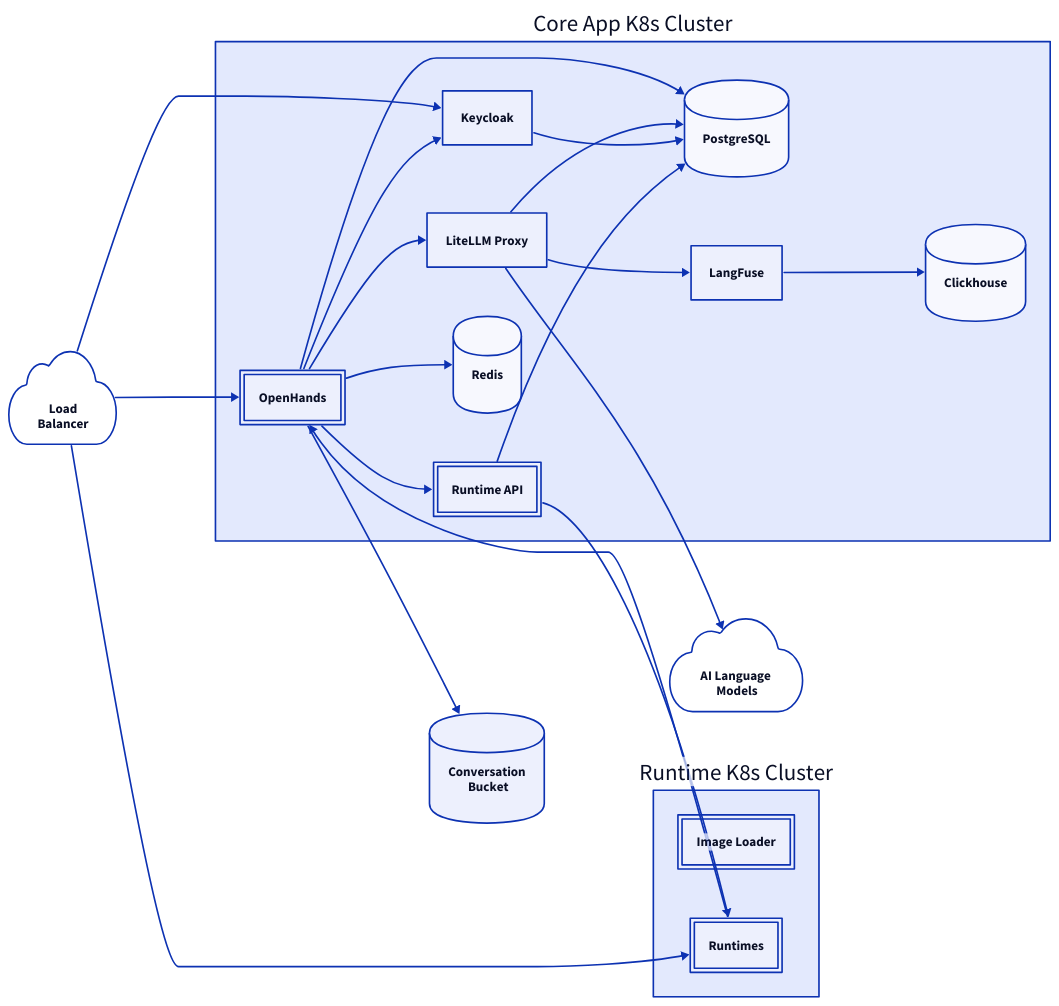
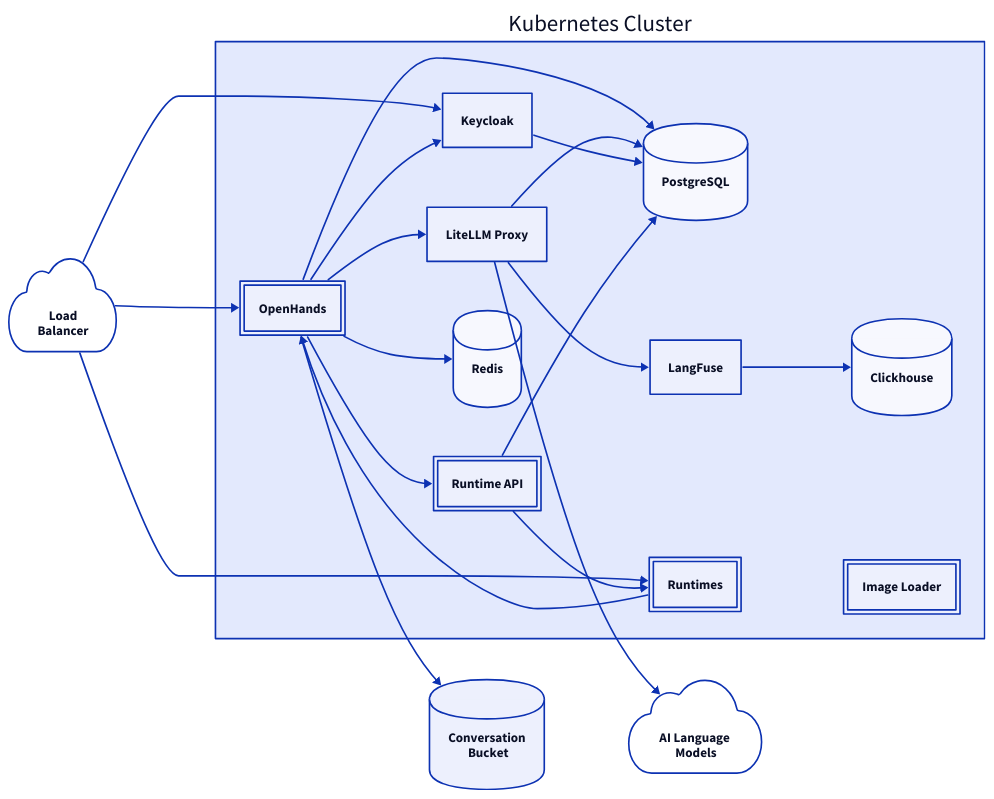
Before and after one commit to All-Hands-AI/OpenHands-Cloud: the diagram in docs/assets/fig1.d2, drawn with D2. The commit also changed 2 other files, not shown here.

```diff
--- a/docs/assets/fig1.d2
+++ b/docs/assets/fig1.d2
@@ -1,74 +1,71 @@
 # Use https://play.d2lang.com to edit with preview (layout engine ELK)
 # To update the SVG, run: (cd docs && ./build-diagrams.sh)
 
 direction: right
 
 classes: {
   all-hands: {
     style: {
       double-border: true
     }
   }
 }
 
-core-app: Core App K8s Cluster {
+app-cluster: Kubernetes Cluster {
   openhands: OpenHands {
     class: all-hands
   }
   runtime-api: Runtime API {
     class: all-hands
   }
 
   keycloak: Keycloak
   postgres: PostgreSQL {
     shape: cylinder
   }
   langfuse: LangFuse
   litellm: LiteLLM Proxy
   redis: Redis {
     shape: cylinder
   }
   clickhouse: Clickhouse {
     shape: cylinder
   }
-  
-}
 
-runtime: Runtime K8s Cluster {
   image-loader: Image Loader {
     class: all-hands
   }
   runtimes: Runtimes {
     class: all-hands
   }
 }
 convo-bucket: Conversation\n Bucket {
   shape: cylinder
 }
 llms: AI Language\n Models {
   shape: cloud
 }
 lb: Load\nBalancer {
   shape: cloud
 }
 
-lb -> runtime.runtimes
-core-app.litellm -> llms
+lb -> app-cluster.runtimes
+app-cluster.litellm -> llms
 
-lb -> core-app.openhands
-lb -> core-app.keycloak
-core-app.openhands -> core-app.runtime-api
-core-app.openhands -> core-app.keycloak
-core-app.openhands -> core-app.redis
-core-app.openhands -> convo-bucket
-core-app.runtime-api -> runtime.runtimes
-core-app.litellm -> core-app.langfuse
-core-app.langfuse -> core-app.clickhouse
-core-app.openhands -> core-app.litellm
+lb -> app-cluster.openhands
+lb -> app-cluster.keycloak
+app-cluster.openhands -> app-cluster.runtime-api
+app-cluster.openhands -> app-cluster.keycloak
+app-cluster.openhands -> app-cluster.redis
+app-cluster.openhands -> convo-bucket
+app-cluster.runtime-api -> app-cluster.runtimes
+app-cluster.litellm -> app-cluster.langfuse
+app-cluster.langfuse -> app-cluster.clickhouse
+app-cluster.openhands -> app-cluster.litellm
 
-core-app.openhands -> core-app.postgres
-core-app.litellm -> core-app.postgres
-core-app.keycloak -> core-app.postgres
-core-app.runtime-api -> core-app.postgres
+app-cluster.openhands -> app-cluster.postgres
+app-cluster.litellm -> app-cluster.postgres
+app-cluster.keycloak -> app-cluster.postgres
+app-cluster.runtime-api -> app-cluster.postgres
 
-runtime.runtimes -> core-app.openhands
+app-cluster.runtimes -> app-cluster.openhands
```
